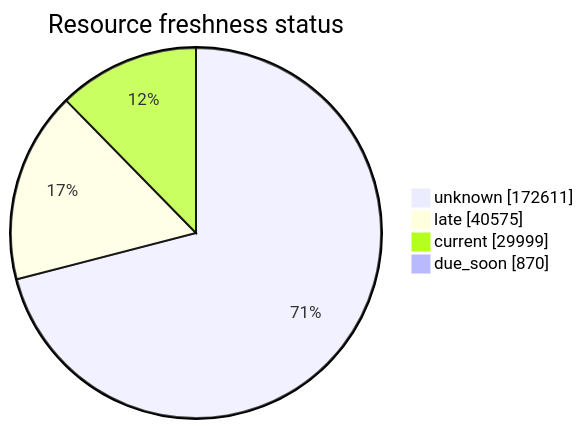
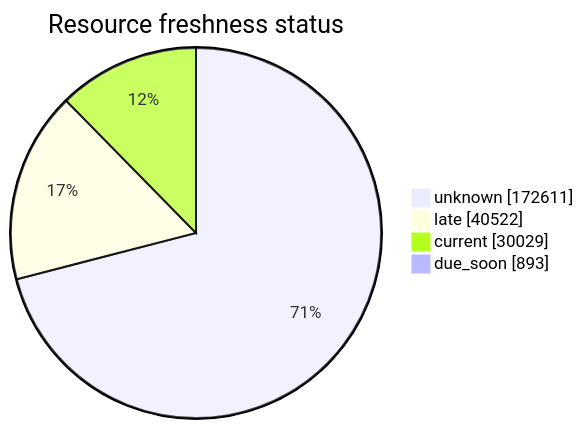
Before and after one commit to open-data/analytics-corporate-reporting: the third of 5 diagrams in FreshCheck/README.md, drawn with Mermaid. The commit also changed other lines of this file and 3 other files, not shown here.

````diff
--- a/FreshCheck/README.md
+++ b/FreshCheck/README.md
@@ -78,7 +78,7 @@
 ```mermaid
 pie showData title Resource freshness status
     "unknown": 172611
-    "late": 40575
-    "current": 29999
-    "due_soon": 870
+    "late": 40522
+    "current": 30029
+    "due_soon": 893
 ```
````
